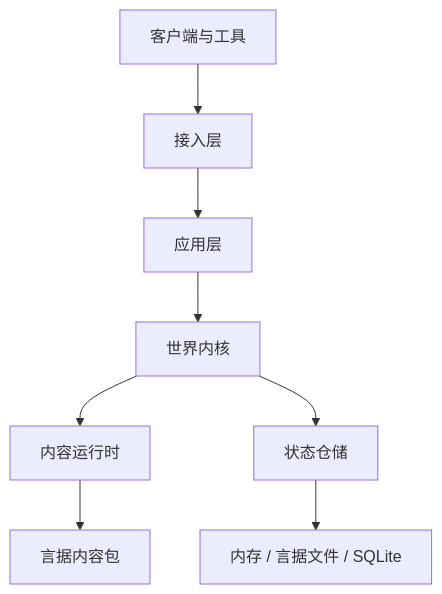
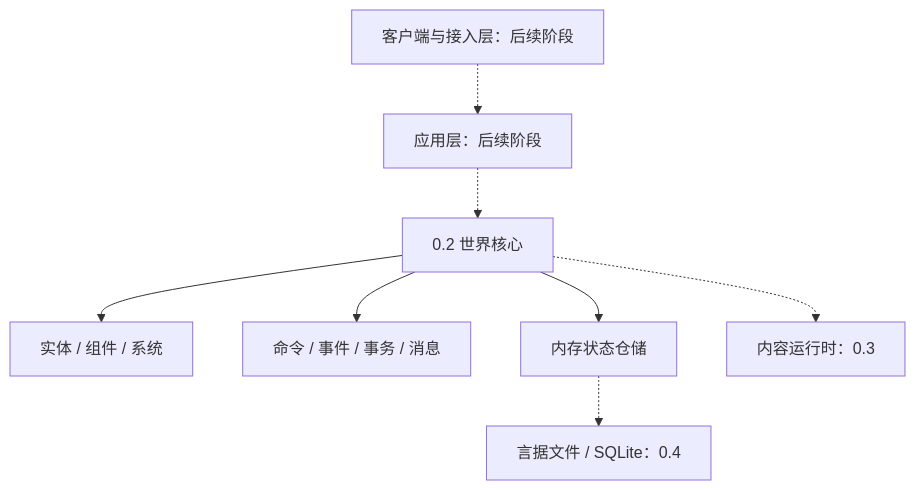
The diagram in README.md (LiuXiu233/yanxu-mud), drawn with Mermaid before and after one commit. The commit also changed other lines of this file and 8 other files, not shown here.

````diff
--- a/README.md
+++ b/README.md
@@ -19,10 +25,10 @@
 ```mermaid
 flowchart TB
-    A[客户端与工具] --> B[接入层]
-    B --> C[应用层]
-    C --> D[世界内核]
-    D --> E[内容运行时]
-    D --> F[状态仓储]
-    E --> G[言据内容包]
-    F --> H[内存 / 言据文件 / SQLite]
+    A[客户端与接入层：后续阶段] -.-> B[应用层：后续阶段]
+    B -.-> C[0.2 世界核心]
+    C --> D[实体 / 组件 / 系统]
+    C --> E[命令 / 事件 / 事务 / 消息]
+    C --> F[内存状态仓储]
+    C -.-> G[内容运行时：0.3]
+    F -.-> H[言据文件 / SQLite：0.4]
 ```
````
